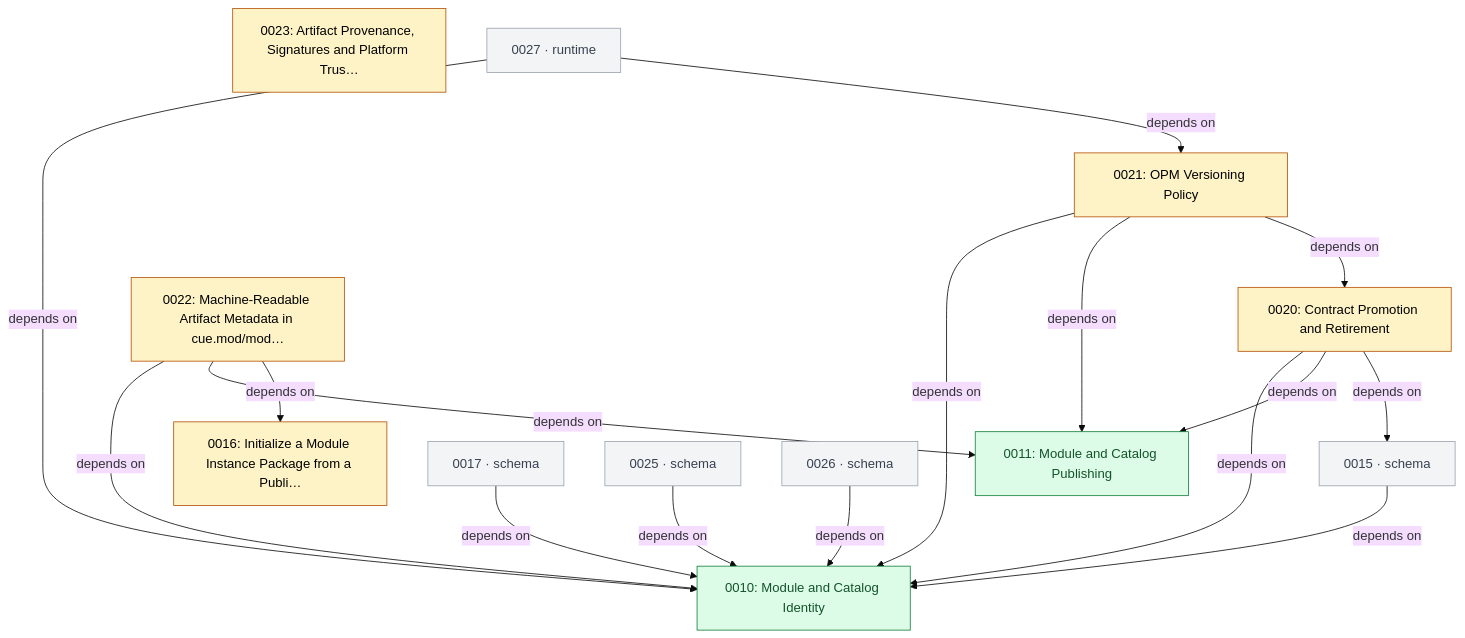
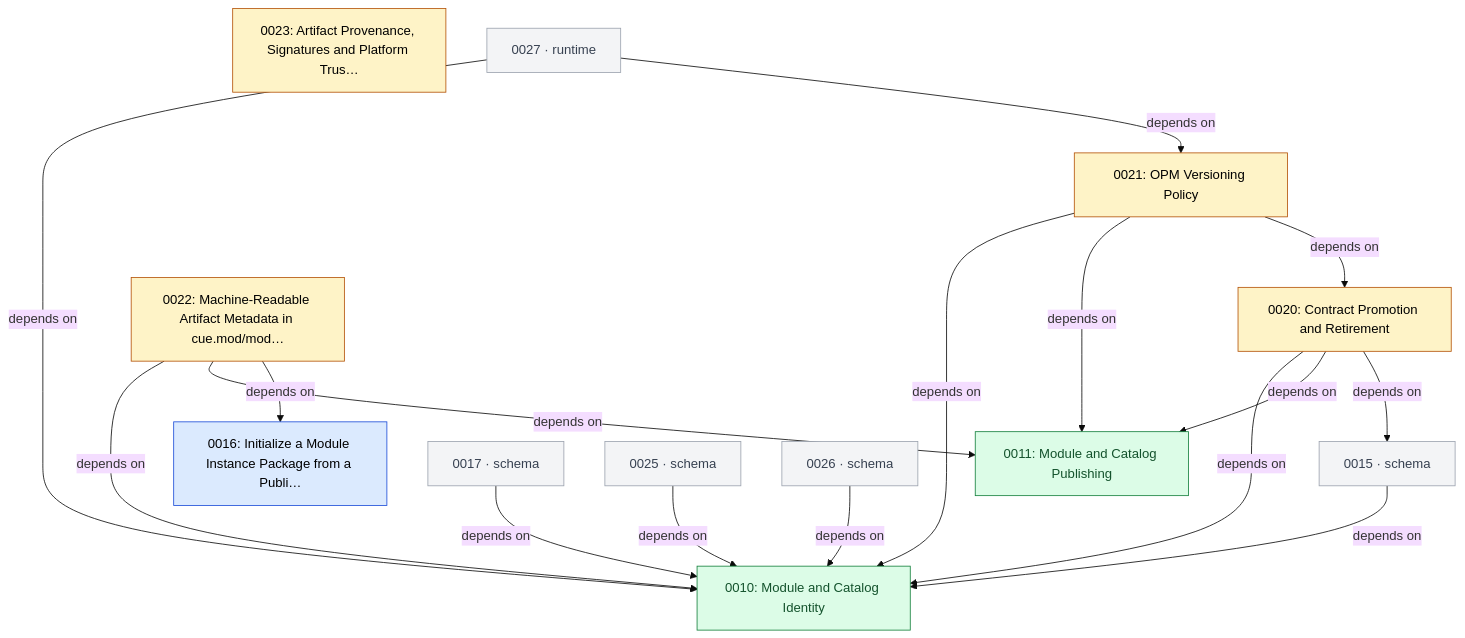
One commit to open-platform-model/enhancements changed the fourth of 7 diagrams in GRAPH.md. Above: the diagram before and after it, drawn with Mermaid (base theme). The commit also changed 10 other files, not shown here.

````diff
--- a/GRAPH.md
+++ b/GRAPH.md
@@ -137,40 +137,40 @@
 ```mermaid
 graph TD
   classDef draft       fill:#fef3c7,stroke:#b45309,color:#000
   classDef accepted    fill:#dbeafe,stroke:#1d4ed8,color:#000
   classDef rejected    fill:#fee2e2,stroke:#b91c1c,color:#7f1d1d,stroke-dasharray:4 2
   classDef superseded  fill:#e5e7eb,stroke:#6b7280,color:#6b7280
   classDef delivered   fill:#dcfce7,stroke:#15803d,color:#14532d
   classDef legacy      fill:#fafafa,stroke:#9ca3af,color:#6b7280,stroke-dasharray:3 3
   classDef stub        fill:#f3f4f6,stroke:#9ca3af,color:#374151
   classDef category    fill:#ede9fe,stroke:#6d28d9,color:#000
 
   N0010["0010: Module and Catalog Identity"]:::delivered
   N0011["0011: Module and Catalog Publishing"]:::delivered
-  N0016["0016: Initialize a Module Instance Package from a Publi…"]:::draft
+  N0016["0016: Initialize a Module Instance Package from a Publi…"]:::accepted
   N0020["0020: Contract Promotion and Retirement"]:::draft
   N0021["0021: OPM Versioning Policy"]:::draft
   N0022["0022: Machine-Readable Artifact Metadata in cue.mod/mod…"]:::draft
   N0023["0023: Artifact Provenance, Signatures and Platform Trus…"]:::draft
   N0015["0015 · schema"]:::stub
   N0017["0017 · schema"]:::stub
   N0025["0025 · schema"]:::stub
   N0026["0026 · schema"]:::stub
   N0027["0027 · runtime"]:::stub
 
   N0015 -->|depends on| N0010
   N0017 -->|depends on| N0010
   N0020 -->|depends on| N0010
   N0020 -->|depends on| N0011
   N0020 -->|depends on| N0015
   N0021 -->|depends on| N0010
   N0021 -->|depends on| N0011
   N0021 -->|depends on| N0020
   N0022 -->|depends on| N0010
   N0022 -->|depends on| N0011
   N0022 -->|depends on| N0016
   N0025 -->|depends on| N0010
   N0026 -->|depends on| N0010
   N0027 -->|depends on| N0010
   N0027 -->|depends on| N0021
 ```
````
